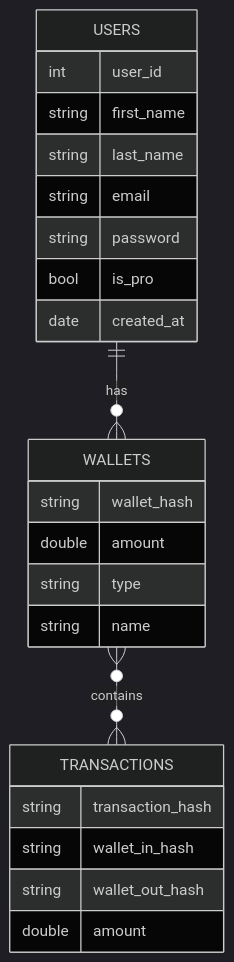
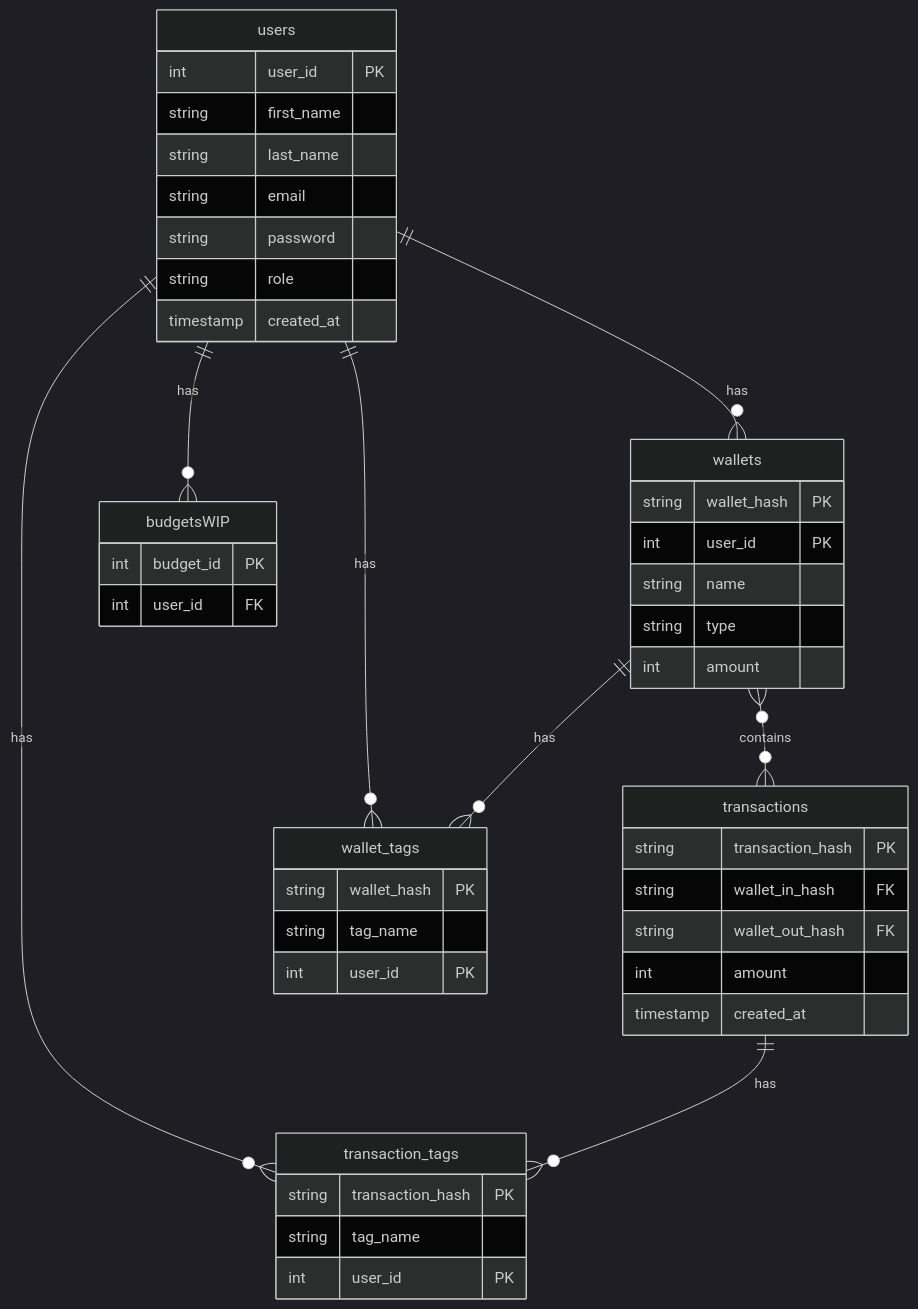
One commit to SOEN-490-Capstone/Cryptify changed the diagram in packages/diagrams/erd.md. Above: the diagram before and after it, drawn with Mermaid (dark theme). The commit also changed 1 other file, not shown here.

Commit message:
Add new entities for tagging and basic WIP budget entity

````diff
--- a/packages/diagrams/erd.md
+++ b/packages/diagrams/erd.md
@@ -1,27 +1,47 @@
 ```mermaid
 erDiagram
-    USERS ||--o{ WALLETS : has
-    USERS {
-        int user_id
+    users ||--o{ wallets : has
+    users {
+        int user_id PK
         string first_name
         string last_name
         string email
         string password
-        bool is_pro
-        date created_at
-        
+        string role
+        timestamp created_at
     }
-    WALLETS }o--o{ TRANSACTIONS : contains
-    WALLETS {
-        string wallet_hash
-        double amount
+    wallets }o--o{ transactions : contains
+    wallets {
+        string wallet_hash PK
+        int user_id PK
+        string name
         string type
-        string name
+        int amount
     }
-    TRANSACTIONS {
-        string transaction_hash
-        string wallet_in_hash
-        string wallet_out_hash
-        double amount
+    transactions {
+        string transaction_hash PK
+        string wallet_in_hash FK
+        string wallet_out_hash FK
+        int amount
+        timestamp created_at
+    }
+    users ||--o{ wallet_tags : has
+    wallets ||--o{ wallet_tags : has
+    wallet_tags {
+        string wallet_hash PK
+        string tag_name
+        int user_id PK
+    }
+    users ||--o{ transaction_tags : has
+    transactions ||--o{ transaction_tags : has
+    transaction_tags {
+        string transaction_hash PK
+        string tag_name
+        int user_id PK
+    }
+    users ||--o{ budgetsWIP : has
+    budgetsWIP {
+        int budget_id PK
+        int user_id FK
     }
 ```
````
